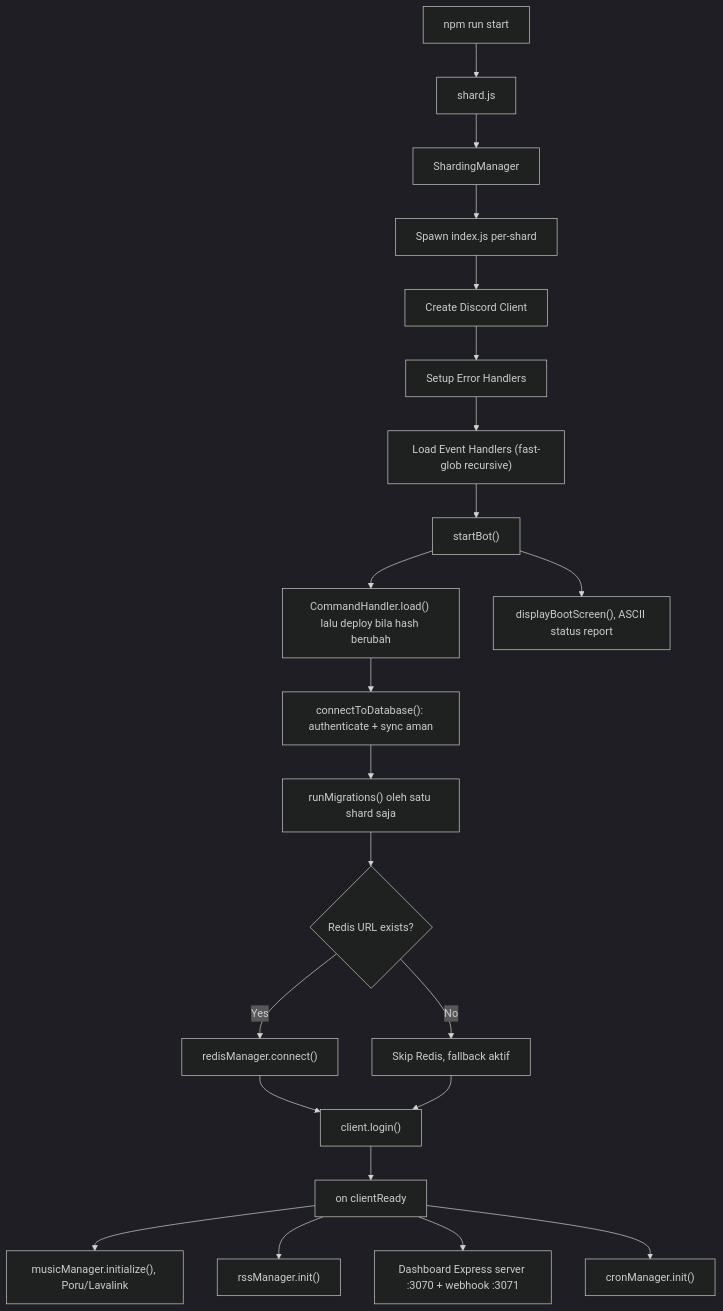
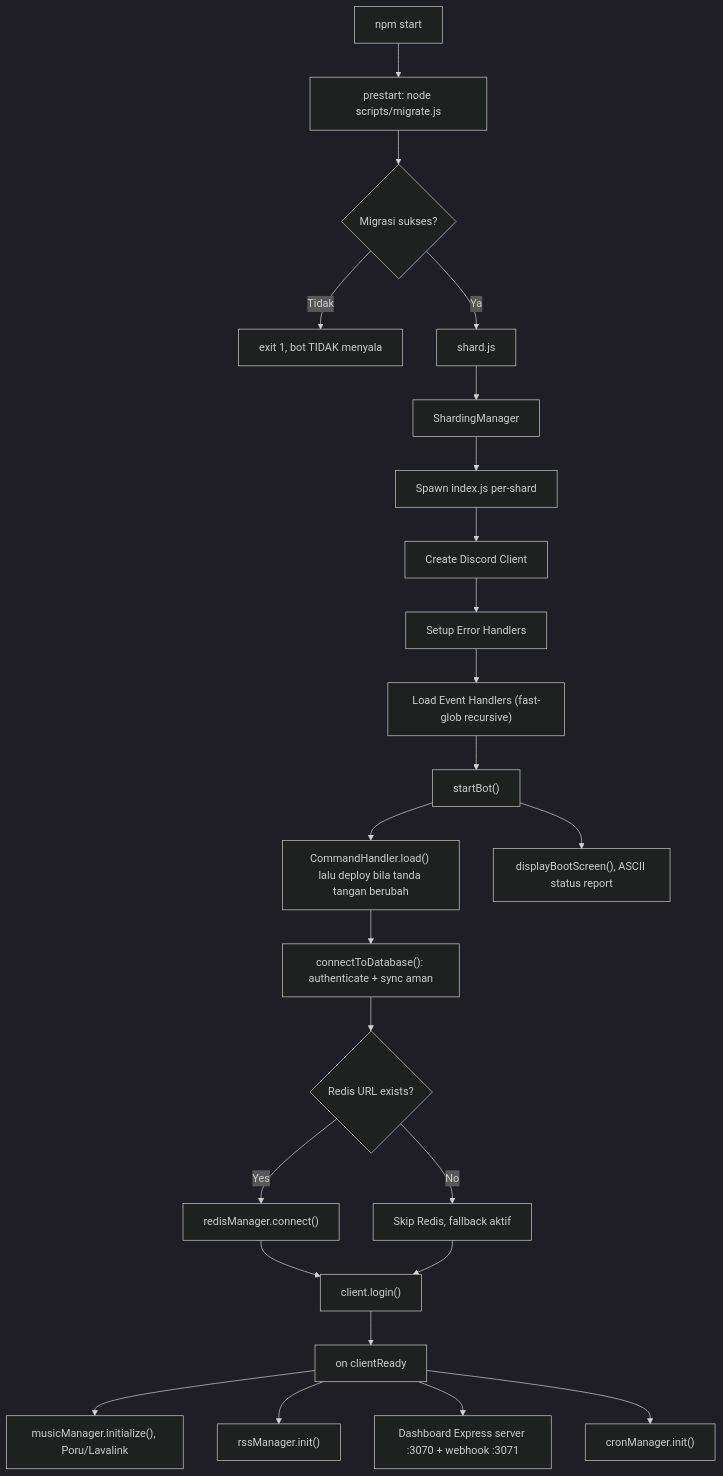
One commit to Aryandita/Naura-Hoshino-V2 changed the first of 4 diagrams in AGENTS.md. Above: the diagram before and after it, drawn with Mermaid (dark theme). The commit also changed other lines of this file, not shown here.

Commit message:
📘 docs: perbarui AGENTS.md dengan aturan kolom JSON atomik dan prosedur deploy panel

````diff
--- a/AGENTS.md
+++ b/AGENTS.md
@@ -366,24 +392,26 @@
 ```mermaid
 graph TD
-    A["npm run start"] --> B["shard.js"]
+    A["npm start"] --> A2["prestart: node scripts/migrate.js"]
+    A2 --> A3{"Migrasi sukses?"}
+    A3 -->|Tidak| A4["exit 1, bot TIDAK menyala"]
+    A3 -->|Ya| B["shard.js"]
     B --> C["ShardingManager"]
     C --> D["Spawn index.js per-shard"]
     D --> E["Create Discord Client"]
     E --> F["Setup Error Handlers"]
     F --> G["Load Event Handlers (fast-glob recursive)"]
     G --> H["startBot()"]
-    H --> I["CommandHandler.load() lalu deploy bila hash berubah"]
+    H --> I["CommandHandler.load() lalu deploy bila tanda tangan berubah"]
     I --> J["connectToDatabase(): authenticate + sync aman"]
-    J --> K["runMigrations() oleh satu shard saja"]
-    K --> L{"Redis URL exists?"}
-    L -->|Yes| M["redisManager.connect()"]
-    L -->|No| N["Skip Redis, fallback aktif"]
-    M --> O["client.login()"]
-    N --> O
+    J --> K{"Redis URL exists?"}
+    K -->|Yes| L["redisManager.connect()"]
+    K -->|No| M["Skip Redis, fallback aktif"]
+    L --> O["client.login()"]
+    M --> O
     O --> P["on clientReady"]
     P --> Q["musicManager.initialize(), Poru/Lavalink"]
     P --> R["rssManager.init()"]
     P --> S["Dashboard Express server :3070 + webhook :3071"]
     P --> T["cronManager.init()"]
     H --> U["displayBootScreen(), ASCII status report"]
 ```
````
